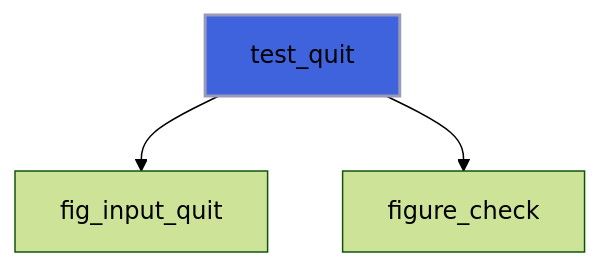
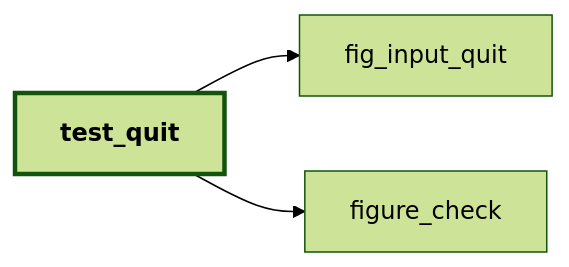
Before and after one commit to szaghi/figure: the fourth of 57 diagrams in docs/api/src/lib/figure_testing.md, drawn with Mermaid (forest theme). The commit also changed other lines of this file and 54 other files, not shown here.

````diff
--- a/docs/api/src/lib/figure_testing.md
+++ b/docs/api/src/lib/figure_testing.md
@@ -152,6 +205,9 @@
 ```mermaid
-flowchart TD
+flowchart LR
   test_quit["test_quit"] --> fig_input_quit["fig_input_quit"]
   test_quit["test_quit"] --> figure_check["figure_check"]
-  style test_quit fill:#3e63dd,stroke:#99b,stroke-width:2px
+  classDef focus stroke-width:3px,font-weight:bold
+  class test_quit focus
+  click figure_check href "figure_base.html#figure-check" "figure_check"
+  click fig_input_quit href "figure_c_native.html#fig-input-quit" "fig_input_quit"
 ```
````
